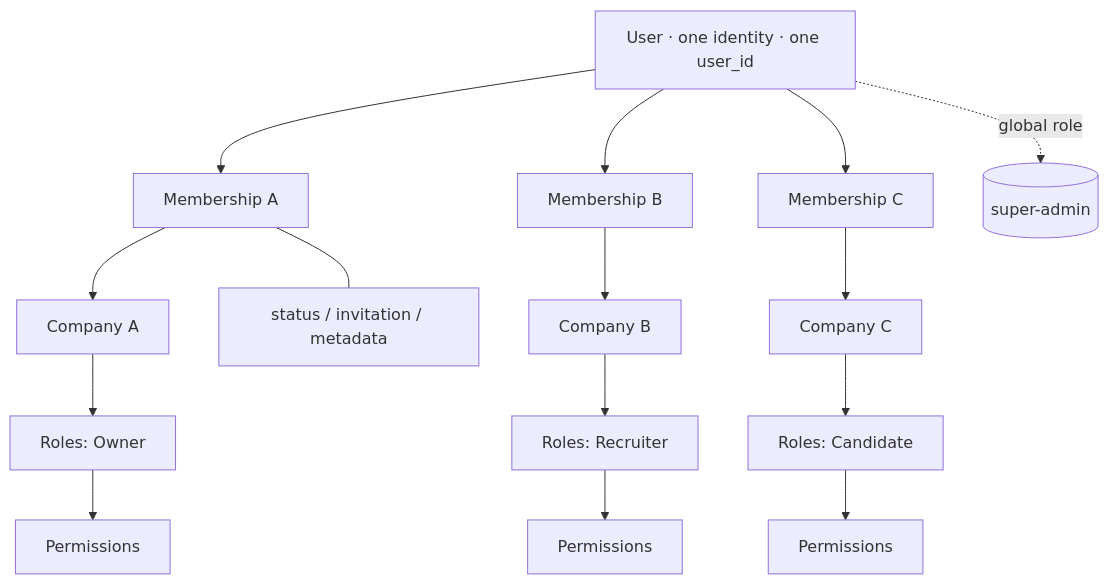
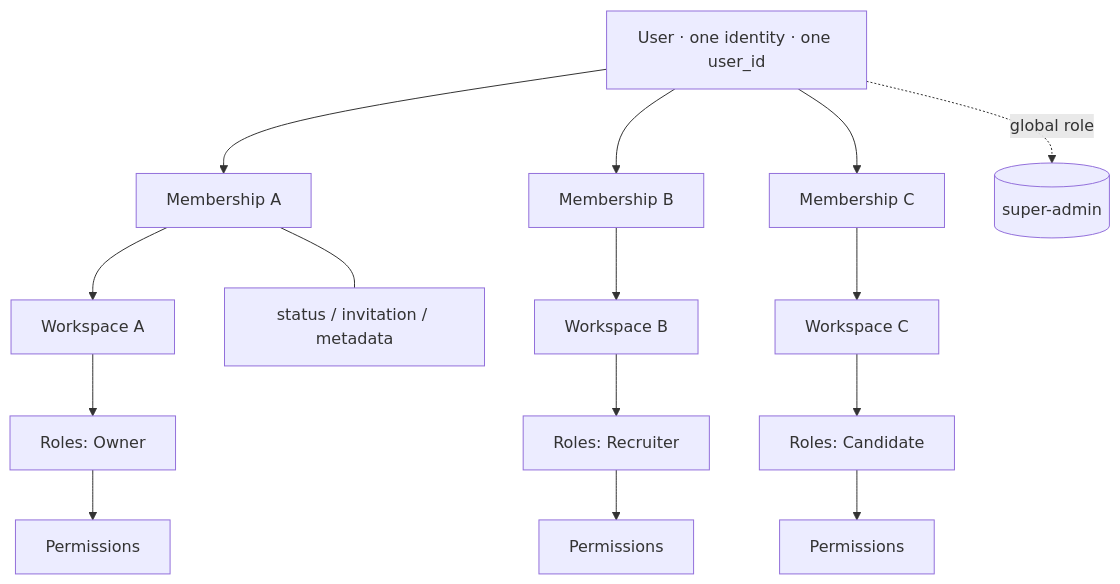
The diagram in docs/48-Multi-Tenant-RBAC-Bible.md (ammarnabileg/crm), drawn with Mermaid before and after one commit. The commit also changed other lines of this file and 29 other files, not shown here.

````diff
--- a/docs/48-Multi-Tenant-RBAC-Bible.md
+++ b/docs/48-Multi-Tenant-RBAC-Bible.md
@@ -31,11 +31,11 @@
 ```mermaid
 flowchart TB
   U[User · one identity · one user_id] --> M1[Membership A]
   U --> M2[Membership B]
   U --> M3[Membership C]
   U -.global role.-> SA[(super-admin)]
-  M1 --> CA[Company A] --> RA[Roles: Owner] --> PA[Permissions]
-  M2 --> CB[Company B] --> RB[Roles: Recruiter] --> PB[Permissions]
-  M3 --> CC[Company C] --> RC[Roles: Candidate] --> PC[Permissions]
+  M1 --> CA[Workspace A] --> RA[Roles: Owner] --> PA[Permissions]
+  M2 --> CB[Workspace B] --> RB[Roles: Recruiter] --> PB[Permissions]
+  M3 --> CC[Workspace C] --> RC[Roles: Candidate] --> PC[Permissions]
   M1 --- S1[status / invitation / metadata]
 ```
````
